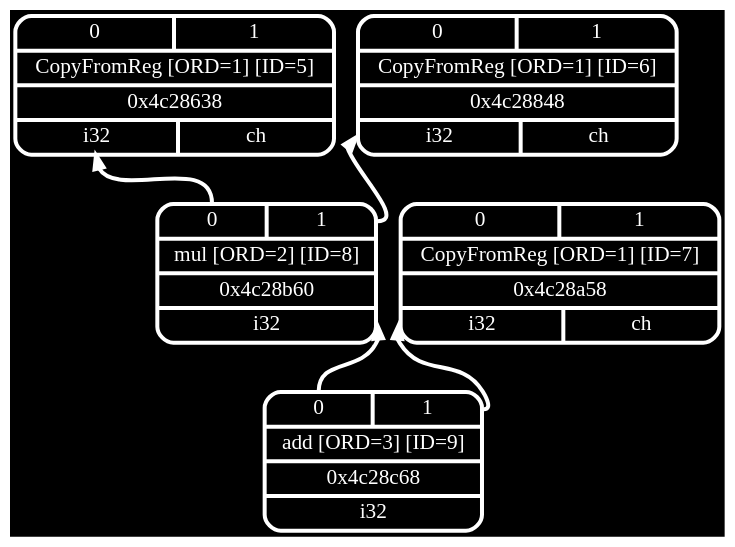
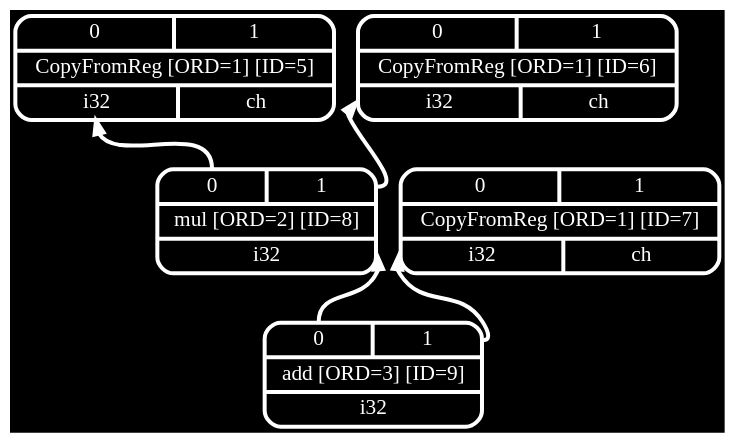
The diagram in docs/Codeplay/examples/ex3/ex3-pre-isel.dot (frasercrmck/llvm-leg), drawn with Graphviz before and after one commit. The commit also changed 7 other files, not shown here.

```diff
--- a/docs/Codeplay/examples/ex3/ex3-pre-isel.dot
+++ b/docs/Codeplay/examples/ex3/ex3-pre-isel.dot
@@ -1,14 +1,14 @@
 digraph "isel input for foo:entry" {
 	rankdir="BT";
 	bgcolor="black";
 	
-	Node0x4c28638 [shape=record,shape=Mrecord,label="{{<s0>0|<s1>1}|CopyFromReg [ORD=1] [ID=5]|0x4c28638|{<d0>i32|<d1>ch}}",penwidth=3,color="white",fontname="Calibri",fontsize=16,fontcolor="white"];
-	Node0x4c28848 [shape=record,shape=Mrecord,label="{{<s0>0|<s1>1}|CopyFromReg [ORD=1] [ID=6]|0x4c28848|{<d0>i32|<d1>ch}}",penwidth=3,color="white",fontname="Calibri",fontsize=16,fontcolor="white"];
-	Node0x4c28a58 [shape=record,shape=Mrecord,label="{{<s0>0|<s1>1}|CopyFromReg [ORD=1] [ID=7]|0x4c28a58|{<d0>i32|<d1>ch}}",penwidth=3,color="white",fontname="Calibri",fontsize=16,fontcolor="white"];
-	Node0x4c28b60 [shape=record,shape=Mrecord,label="{{<s0>0|<s1>1}|mul [ORD=2] [ID=8]|0x4c28b60|{<d0>i32}}",penwidth=3,color="white",fontname="Calibri",fontsize=16,fontcolor="white"];
+	Node0x4c28638 [shape=record,shape=Mrecord,label="{{<s0>0|<s1>1}|CopyFromReg [ORD=1] [ID=5]|{<d0>i32|<d1>ch}}",penwidth=3,color="white",fontname="Calibri",fontsize=16,fontcolor="white"];
+	Node0x4c28848 [shape=record,shape=Mrecord,label="{{<s0>0|<s1>1}|CopyFromReg [ORD=1] [ID=6]|{<d0>i32|<d1>ch}}",penwidth=3,color="white",fontname="Calibri",fontsize=16,fontcolor="white"];
+	Node0x4c28a58 [shape=record,shape=Mrecord,label="{{<s0>0|<s1>1}|CopyFromReg [ORD=1] [ID=7]|{<d0>i32|<d1>ch}}",penwidth=3,color="white",fontname="Calibri",fontsize=16,fontcolor="white"];
+	Node0x4c28b60 [shape=record,shape=Mrecord,label="{{<s0>0|<s1>1}|mul [ORD=2] [ID=8]|{<d0>i32}}",penwidth=3,color="white",fontname="Calibri",fontsize=16,fontcolor="white"];
 	Node0x4c28b60:s0 -> Node0x4c28638:d0[penwidth=3,color="white",fontname="Calibri",fontsize=16,fontcolor="white"];
 	Node0x4c28b60:s1 -> Node0x4c28848:d0[penwidth=3,color="white",fontname="Calibri",fontsize=16,fontcolor="white"];
-	Node0x4c28c68 [shape=record,shape=Mrecord,label="{{<s0>0|<s1>1}|add [ORD=3] [ID=9]|0x4c28c68|{<d0>i32}}",penwidth=3,color="white",fontname="Calibri",fontsize=16,fontcolor="white"];
+	Node0x4c28c68 [shape=record,shape=Mrecord,label="{{<s0>0|<s1>1}|add [ORD=3] [ID=9]|{<d0>i32}}",penwidth=3,color="white",fontname="Calibri",fontsize=16,fontcolor="white"];
 	Node0x4c28c68:s0 -> Node0x4c28b60:d0[penwidth=3,color="white",fontname="Calibri",fontsize=16,fontcolor="white"];
 	Node0x4c28c68:s1 -> Node0x4c28a58:d0[penwidth=3,color="white",fontname="Calibri",fontsize=16,fontcolor="white"];
 }
```
